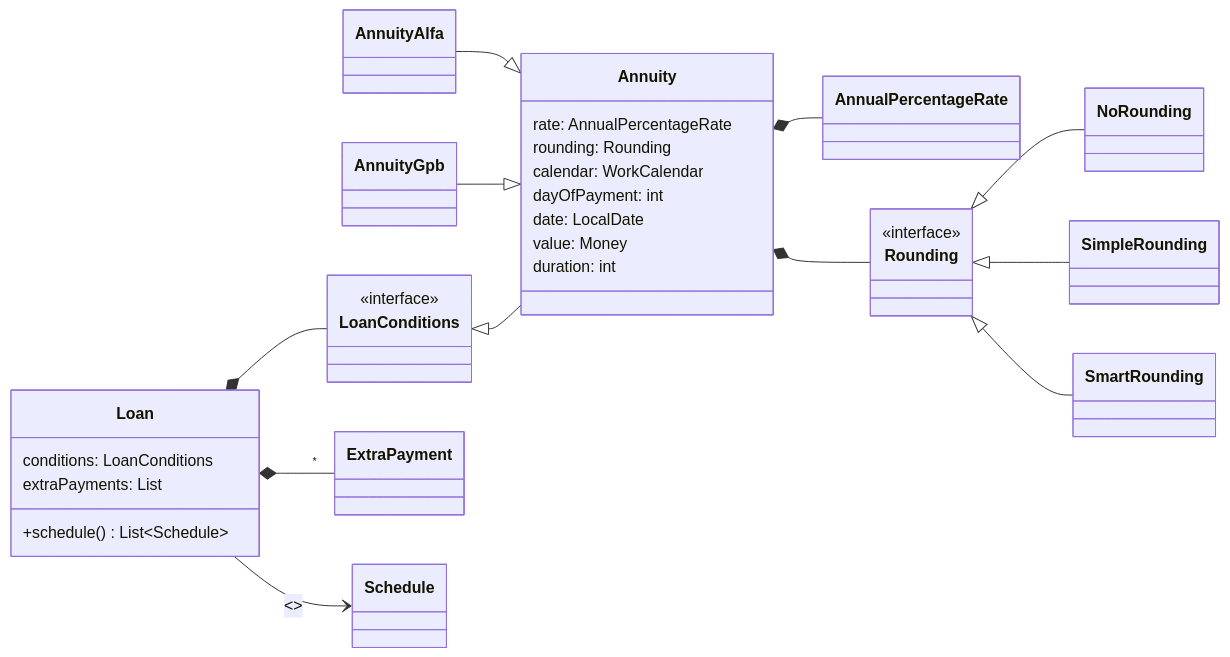
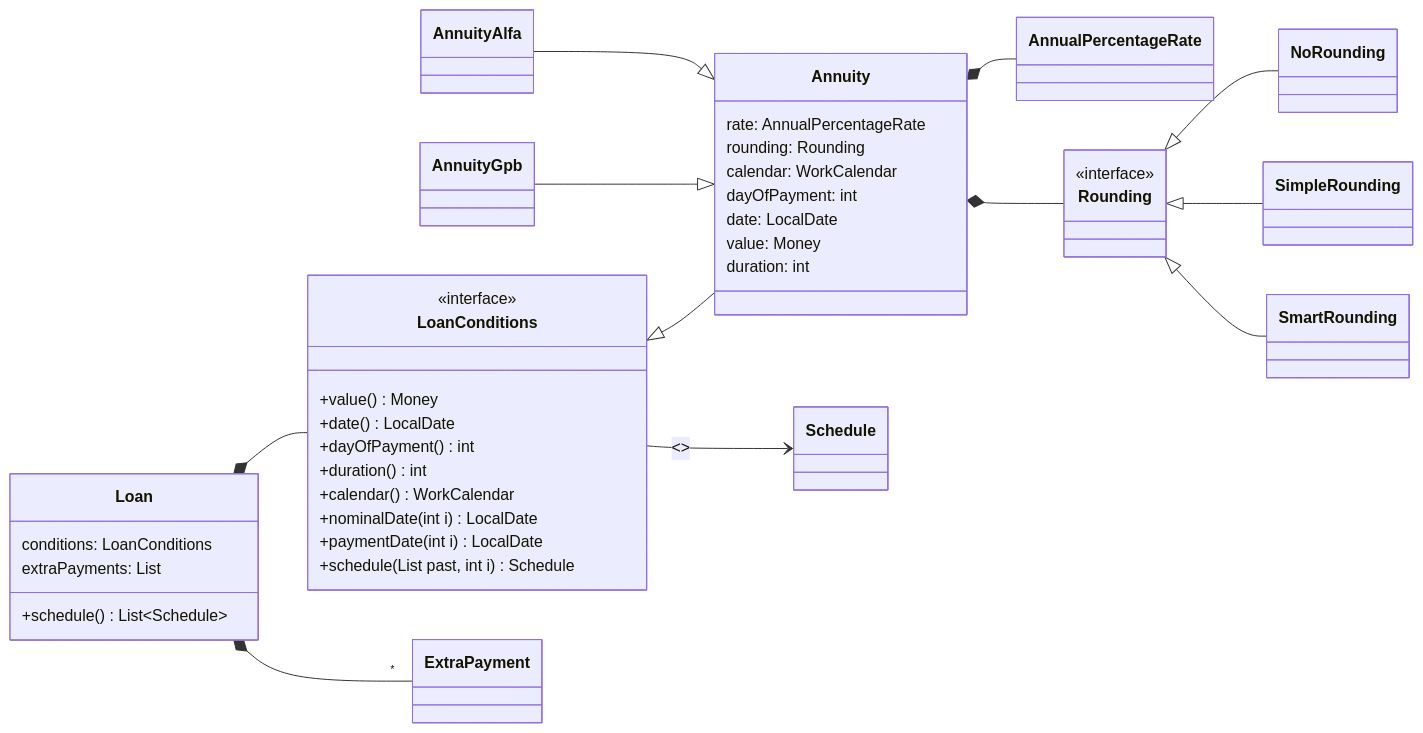
One commit to vitalyzotov/loan-model changed the diagram in src/site/loans.md. Above: the diagram before and after it, drawn with Mermaid.

Commit message:
Add more info on diagrams

````diff
--- a/src/site/loans.md
+++ b/src/site/loans.md
@@ -1,42 +1,51 @@
 ```mermaid
 classDiagram
     direction LR
     class Annuity {
         rate: AnnualPercentageRate
         rounding: Rounding
         calendar: WorkCalendar
         dayOfPayment: int
         date: LocalDate
         value: Money
         duration: int
     }
     class AnnualPercentageRate
     class Rounding
     <<interface>> Rounding
     class NoRounding
     class SimpleRounding
     class SmartRounding
     class AnnuityAlfa
     class AnnuityGpb
     
     Annuity *-- AnnualPercentageRate
     Annuity *-- Rounding
     Rounding <|-- NoRounding
     Rounding <|-- SimpleRounding
     Rounding <|-- SmartRounding
     AnnuityAlfa --|> Annuity
     AnnuityGpb --|> Annuity
 
     class Loan {
         conditions: LoanConditions
         extraPayments: List<ExtraPayment>
         +schedule()  List~Schedule~
     }
-    class LoanConditions
+    class LoanConditions {
+        +value() Money
+        +date() LocalDate
+        +dayOfPayment() int
+        +duration() int
+        +calendar() WorkCalendar
+        +nominalDate(int i) LocalDate
+        +paymentDate(int i) LocalDate
+        +schedule(List<Schedule> past, int i) Schedule
+    }
     <<interface>> LoanConditions
     
     Loan *-- LoanConditions
     Loan *-- "*" ExtraPayment
-    Loan --> Schedule : <<create>>
+    LoanConditions --> Schedule : <<create>>
     LoanConditions <|-- Annuity 
 ```
````
